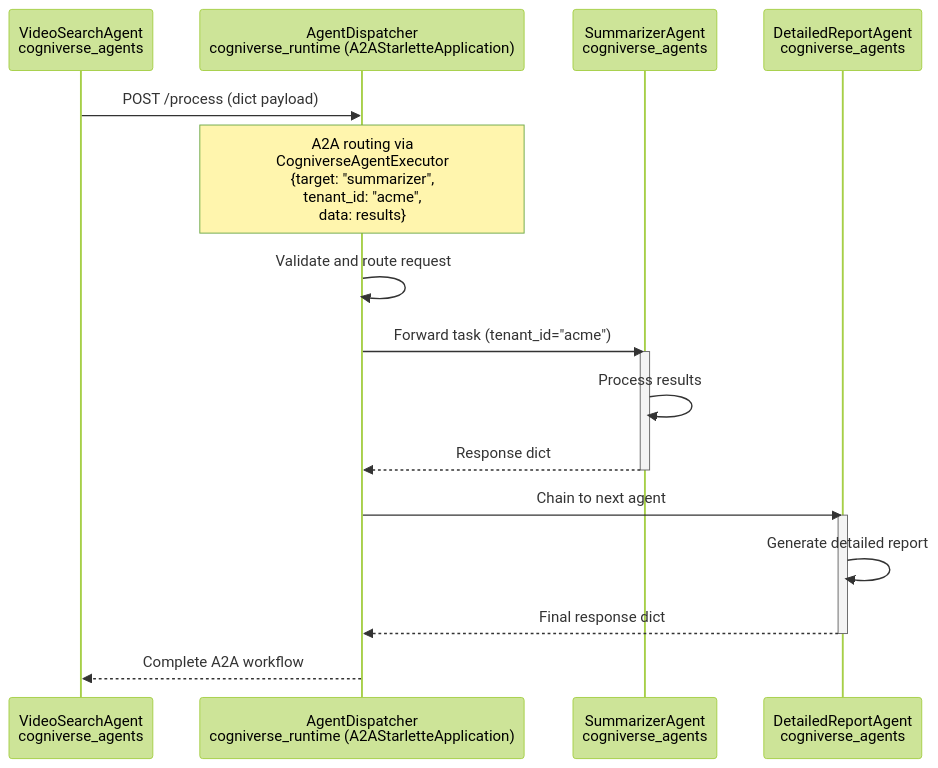
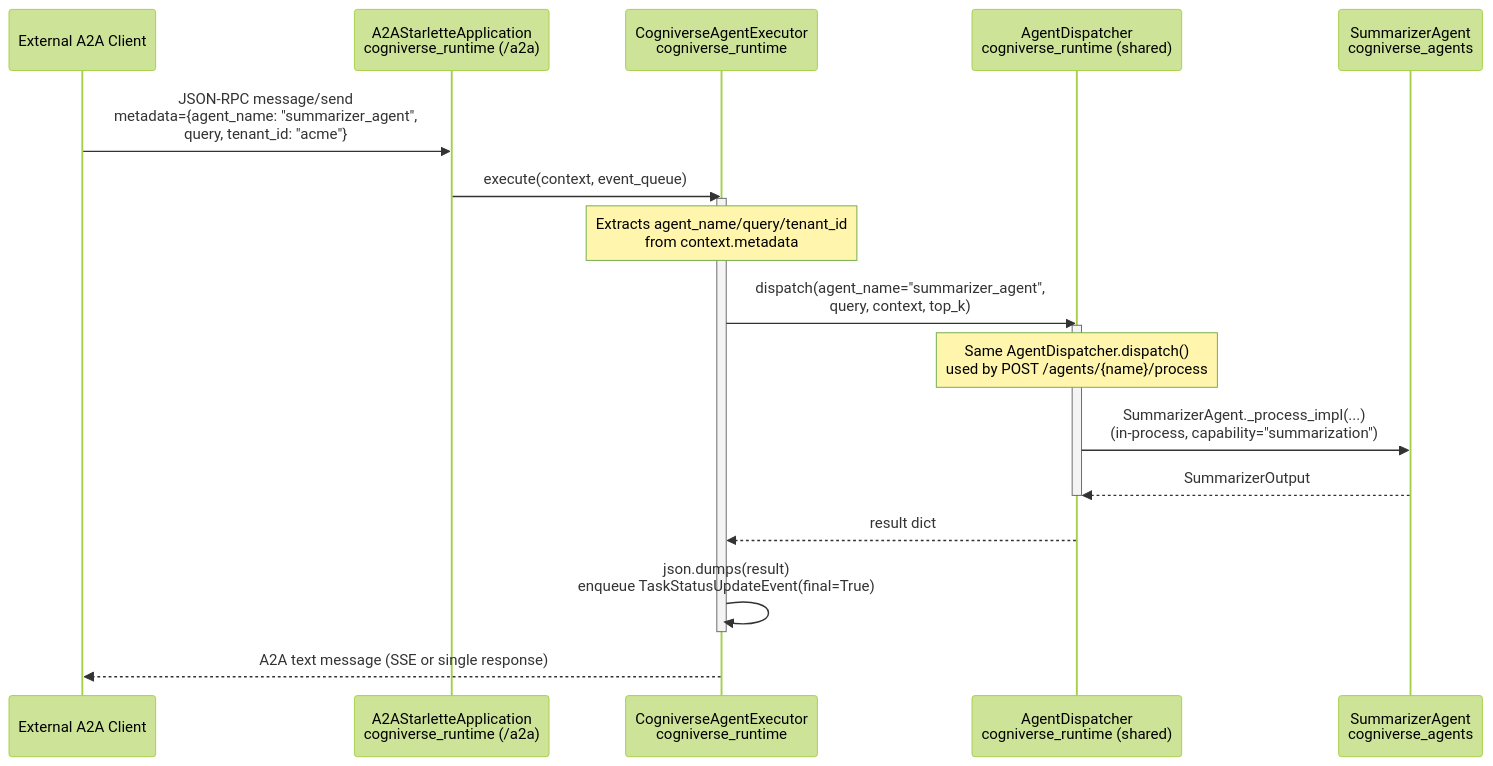
One commit to amit-jain/cogniverse changed the eighth of 25 diagrams in docs/architecture/system-flows.md. Above: the diagram before and after it, drawn with Mermaid (forest theme). The commit also changed other lines of this file and 7 other files, not shown here.

First line of the commit message:
Document all 23 agents and convert diagrams to mermaid

````diff
--- a/docs/architecture/system-flows.md
+++ b/docs/architecture/system-flows.md
@@ -270,27 +412,28 @@
 ```mermaid
 sequenceDiagram
-    participant VideoAgent as VideoSearchAgent<br/>cogniverse_agents
-    participant Dispatcher as AgentDispatcher<br/>cogniverse_runtime (A2AStarletteApplication)
+    participant Client as External A2A Client
+    participant A2A as A2AStarletteApplication<br/>cogniverse_runtime (/a2a)
+    participant Executor as CogniverseAgentExecutor<br/>cogniverse_runtime
+    participant Dispatcher as AgentDispatcher<br/>cogniverse_runtime (shared)
     participant Summarizer as SummarizerAgent<br/>cogniverse_agents
-    participant ReportAgent as DetailedReportAgent<br/>cogniverse_agents
 
-    VideoAgent->>Dispatcher: POST /process (dict payload)
-    Note over Dispatcher: A2A routing via<br/>CogniverseAgentExecutor<br/>{target: "summarizer",<br/>tenant_id: "acme",<br/>data: results}
+    Client->>A2A: JSON-RPC message/send<br/>metadata={agent_name: "summarizer_agent",<br/>query, tenant_id: "acme"}
 
-    Dispatcher->>Dispatcher: Validate and route request
+    A2A->>Executor: execute(context, event_queue)
+    activate Executor
+    Note over Executor: Extracts agent_name/query/tenant_id<br/>from context.metadata
 
-    Dispatcher->>Summarizer: Forward task (tenant_id="acme")
+    Executor->>Dispatcher: dispatch(agent_name="summarizer_agent",<br/>query, context, top_k)
 
-    activate Summarizer
-    Summarizer->>Summarizer: Process results
-    Summarizer-->>Dispatcher: Response dict
-    deactivate Summarizer
+    activate Dispatcher
+    Note over Dispatcher: Same AgentDispatcher.dispatch()<br/>used by POST /agents/{name}/process
+    Dispatcher->>Summarizer: SummarizerAgent._process_impl(...)<br/>(in-process, capability="summarization")
+    Summarizer-->>Dispatcher: SummarizerOutput
+    deactivate Dispatcher
 
-    Dispatcher->>ReportAgent: Chain to next agent
-    activate ReportAgent
-    ReportAgent->>ReportAgent: Generate detailed report
-    ReportAgent-->>Dispatcher: Final response dict
-    deactivate ReportAgent
+    Dispatcher-->>Executor: result dict
+    Executor->>Executor: json.dumps(result)<br/>enqueue TaskStatusUpdateEvent(final=True)
+    deactivate Executor
 
-    Dispatcher-->>VideoAgent: Complete A2A workflow
+    Executor-->>Client: A2A text message (SSE or single response)
 ```
````
